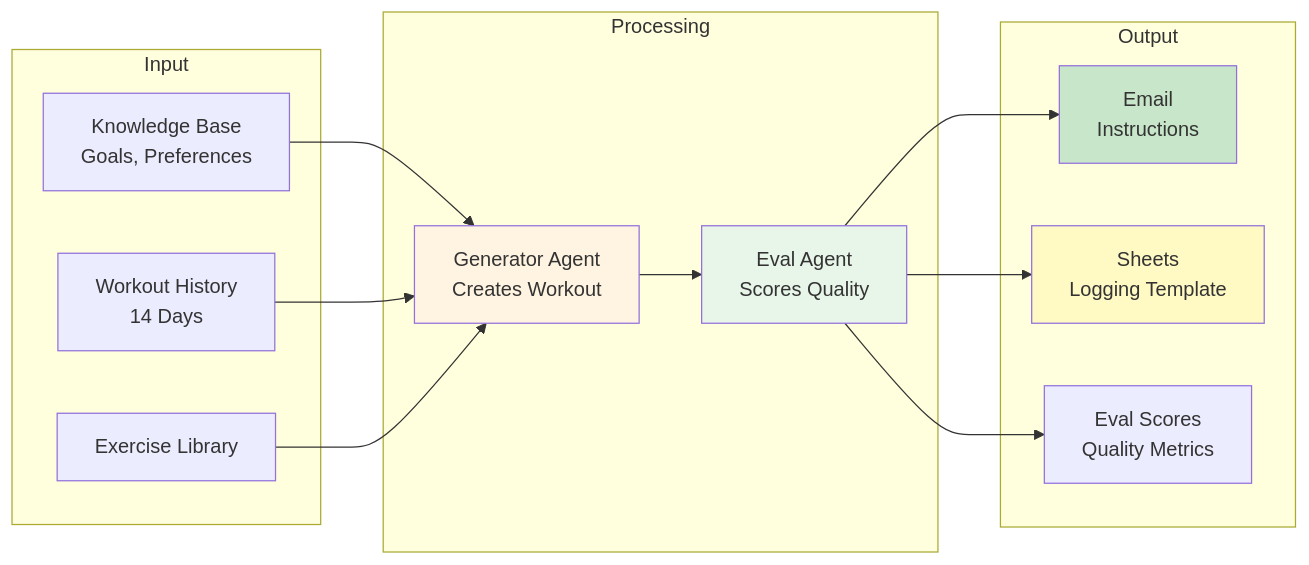
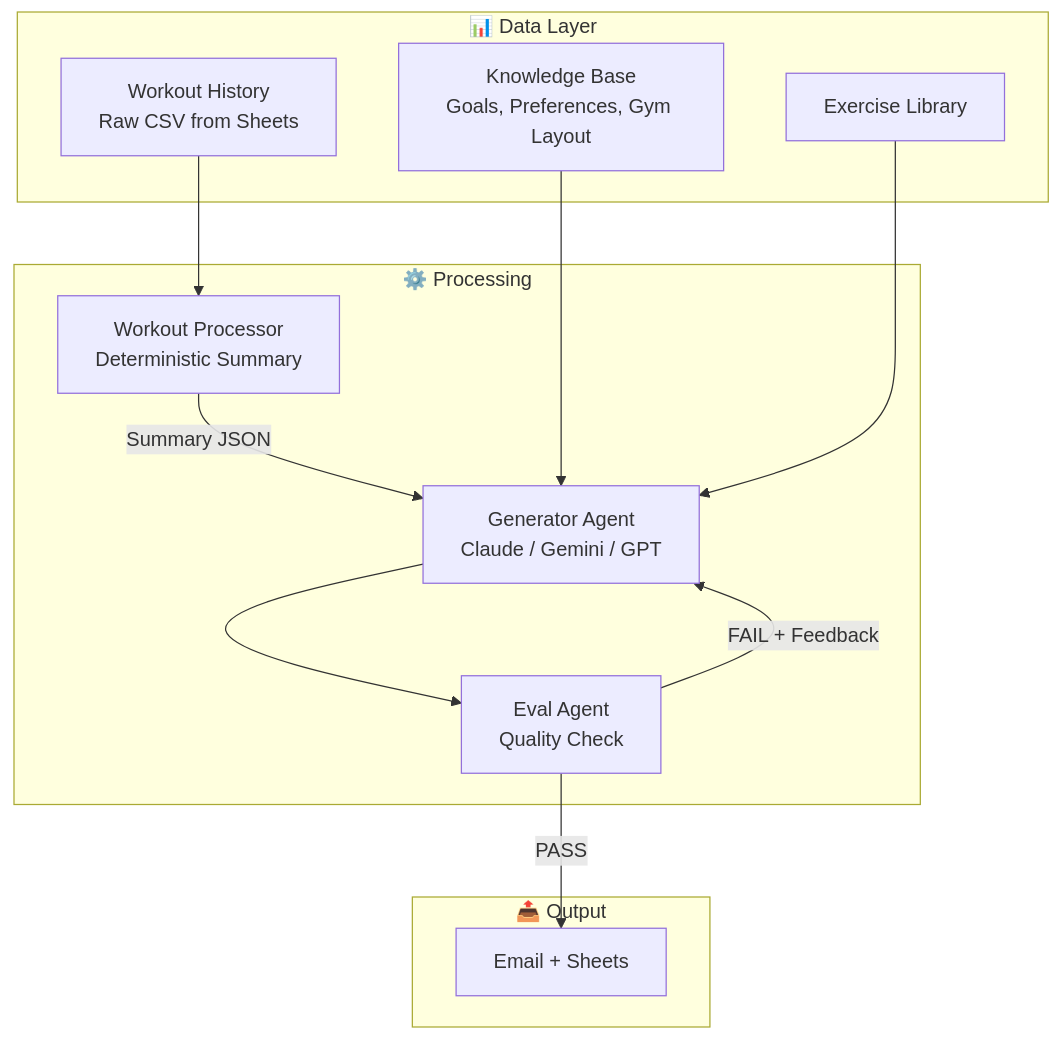
One commit to veritas6161/fitness-agent-rr-opensource changed the diagram in README.md. Above: the diagram before and after it, drawn with Mermaid. The commit also changed other lines of this file, not shown here.

````diff
--- a/README.md
+++ b/README.md
@@ -190,32 +60,26 @@
 ```mermaid
-graph LR
-    subgraph "Input"
-        A[Knowledge Base<br/>Goals, Preferences]
-        B[Workout History<br/>14 Days]
+graph TB
+    subgraph "📊 Data Layer"
+        A[Knowledge Base<br/>Goals, Preferences, Gym Layout]
+        B[Workout History<br/>Raw CSV from Sheets]
         C[Exercise Library]
     end
     
-    subgraph "Processing"
-        D[Generator Agent<br/>Creates Workout]
-        E[Eval Agent<br/>Scores Quality]
+    subgraph "⚙️ Processing"
+        D[Workout Processor<br/>Deterministic Summary]
+        E[Generator Agent<br/>Claude / Gemini / GPT]
+        F[Eval Agent<br/>Quality Check]
     end
     
-    subgraph "Output"
-        F[Email<br/>Instructions]
-        G[Sheets<br/>Logging Template]
-        H[Eval Scores<br/>Quality Metrics]
+    subgraph "📤 Output"
+        G[Email + Sheets]
     end
     
-    A --> D
     B --> D
-    C --> D
-    D --> E
+    D -->|Summary JSON| E
+    A --> E
+    C --> E
     E --> F
-    E --> G
-    E --> H
-    
-    style D fill:#fff4e1
-    style E fill:#e8f5e9
-    style F fill:#c8e6c9
-    style G fill:#fff9c4
+    F -->|PASS| G
+    F -->|FAIL + Feedback| E
 ```
````
